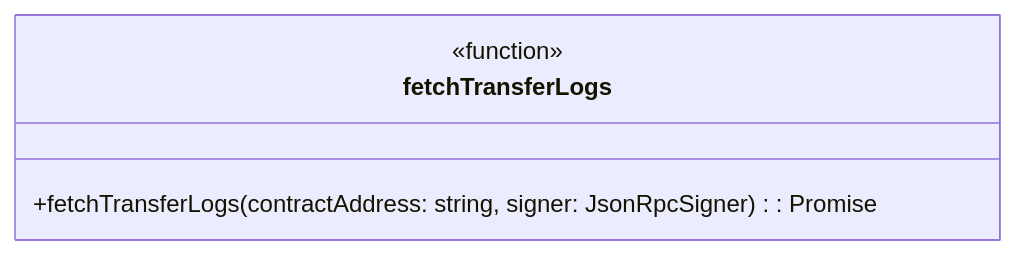
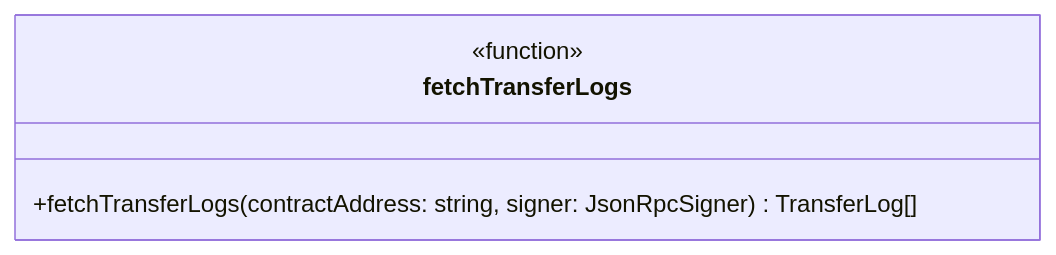
The second of 4 diagrams in docs/scoring.md (C0A21130/web3-demo-app), drawn with Mermaid before and after one commit. The commit also changed other lines of this file and 29 other files, not shown here.

````diff
--- a/docs/scoring.md
+++ b/docs/scoring.md
@@ -263,7 +269,7 @@
 ```mermaid
 classDiagram
     class fetchTransferLogs {
         <<function>>
-        +fetchTransferLogs(contractAddress: string, signer: JsonRpcSigner): Promise<TransferLog[]>
+        +fetchTransferLogs(contractAddress: string, signer: JsonRpcSigner) TransferLog[]
     }
 ```
````
